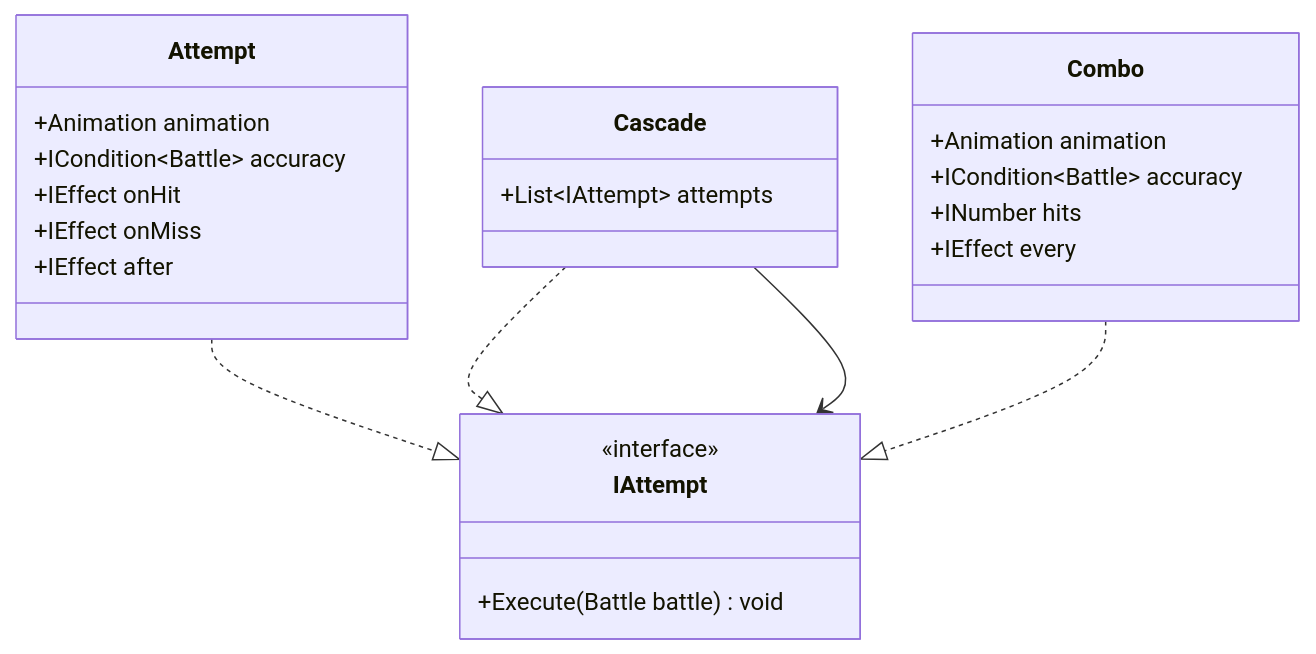
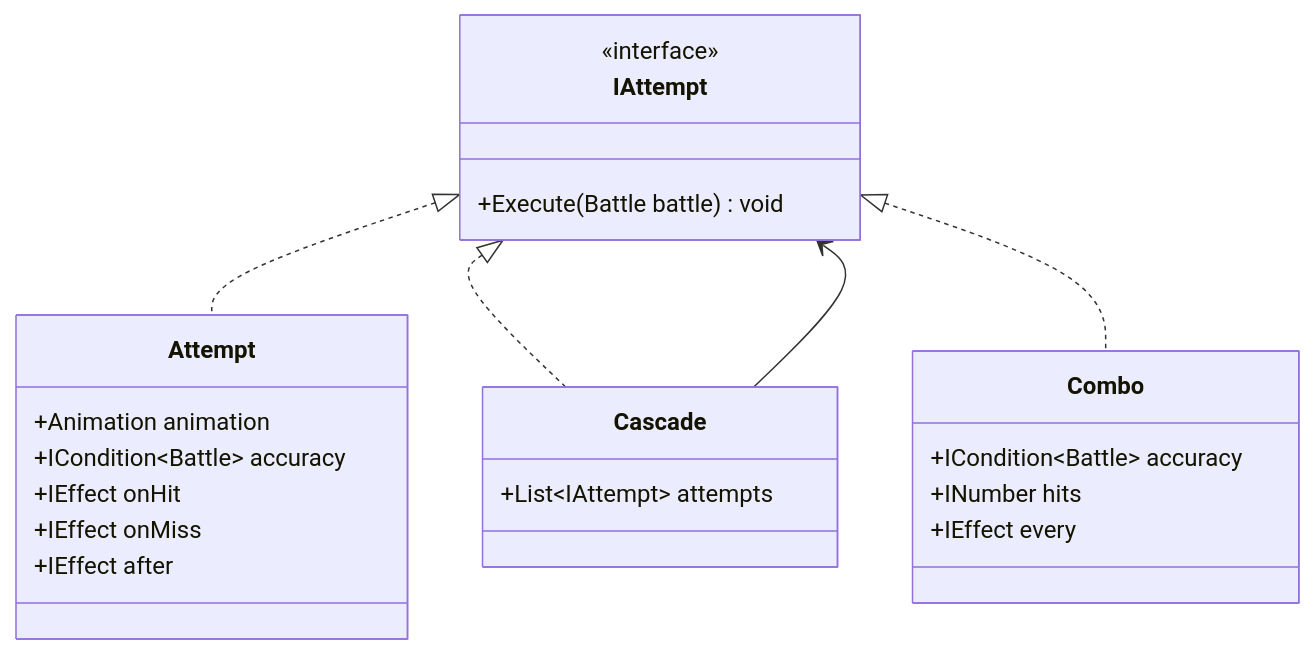
Before and after one commit to kimmandoo/blog: the fourth of 6 diagrams in posts/oop-pokemon/oop-pokemon-1.md, drawn with Mermaid. The commit also changed other lines of this file and 40 other files, not shown here.

````diff
--- a/posts/oop-pokemon/oop-pokemon-1.md
+++ b/posts/oop-pokemon/oop-pokemon-1.md
@@ -127,35 +150,30 @@
 ```mermaid
 classDiagram
-
     class IAttempt {
         <<interface>>
         +Execute(Battle battle) void
     }
 
     class Attempt {
         +Animation animation
         +ICondition~Battle~ accuracy
         +IEffect onHit
         +IEffect onMiss
         +IEffect after
     }
 
     class Cascade {
         +List~IAttempt~ attempts
     }
 
     class Combo {
-        +Animation animation
         +ICondition~Battle~ accuracy
         +INumber hits
         +IEffect every
     }
 
-    %% 인터페이스 구현
-    Attempt ..|> IAttempt
-    Cascade ..|> IAttempt
-    Combo ..|> IAttempt
-
-    %% 구성 관계
+    IAttempt <|.. Attempt
+    IAttempt <|.. Cascade
+    IAttempt <|.. Combo
     Cascade --> IAttempt
 ```
````
